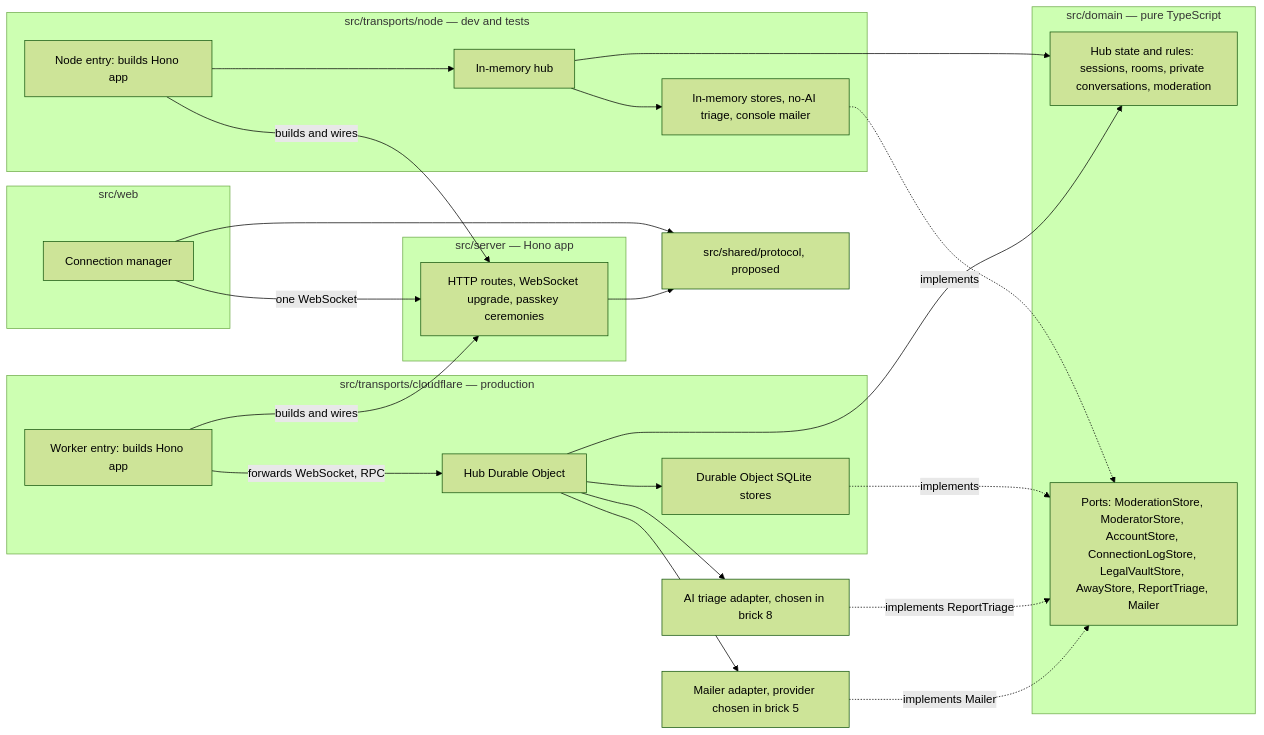
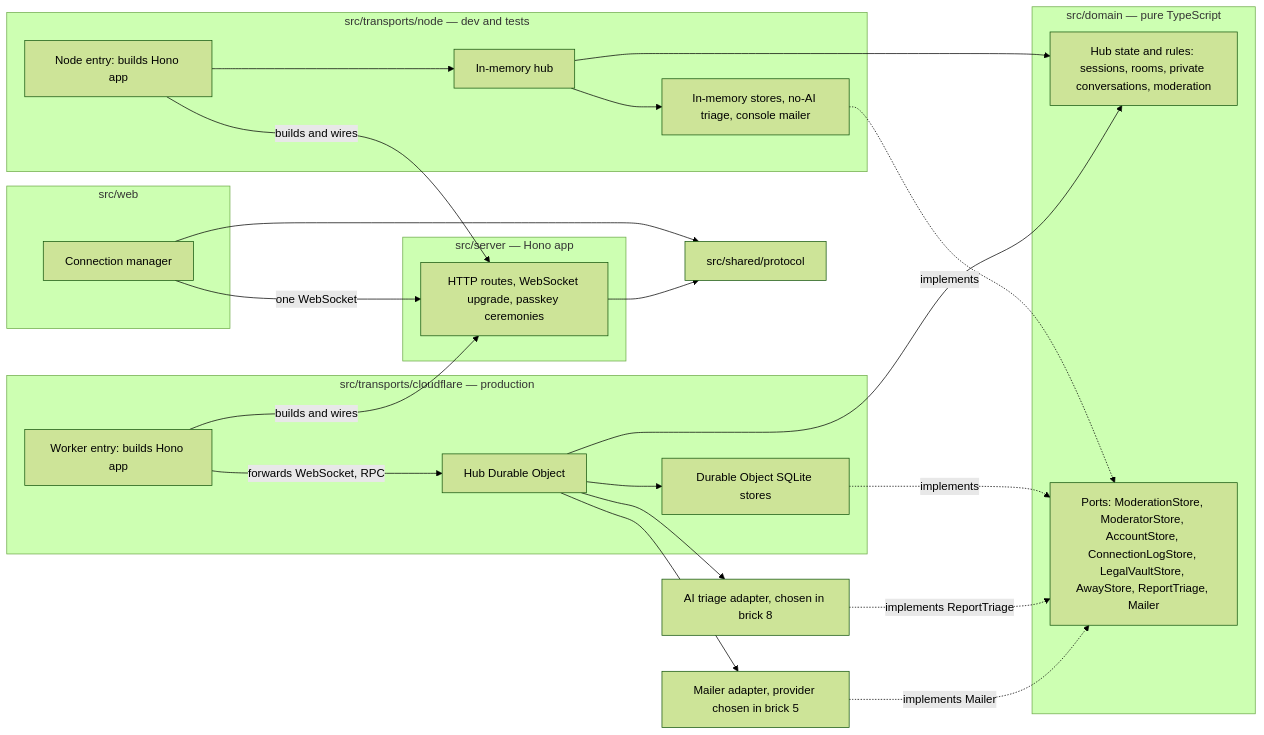
The diagram in docs/architecture/diagrams/platform/03-component.md (benoit-bremaud/asv), drawn with Mermaid (forest theme) before and after one commit. The commit also changed other lines of this file and 37 other files, not shown here.

````diff
--- a/docs/architecture/diagrams/platform/03-component.md
+++ b/docs/architecture/diagrams/platform/03-component.md
@@ -14,43 +14,43 @@
 ```mermaid
 flowchart LR
   subgraph Web ["src/web"]
     Conn["Connection manager"]
   end
-  Shared["src/shared/protocol, proposed"]
+  Shared["src/shared/protocol"]
   subgraph Server ["src/server — Hono app"]
     Routes["HTTP routes, WebSocket upgrade, passkey ceremonies"]
   end
   subgraph Domain ["src/domain — pure TypeScript"]
     Core["Hub state and rules: sessions, rooms, private conversations, moderation"]
     Ports["Ports: ModerationStore, ModeratorStore, AccountStore, ConnectionLogStore, LegalVaultStore, AwayStore, ReportTriage, Mailer"]
   end
   subgraph NodeT ["src/transports/node — dev and tests"]
     NodeMain["Node entry: builds Hono app"]
     NodeHub["In-memory hub"]
     NodeStore["In-memory stores, no-AI triage, console mailer"]
   end
   subgraph CfT ["src/transports/cloudflare — production"]
     WorkerEntry["Worker entry: builds Hono app"]
     HubDO["Hub Durable Object"]
     Sqlite["Durable Object SQLite stores"]
   end
   AIAdapter["AI triage adapter, chosen in brick 8"]
   MailAdapter["Mailer adapter, provider chosen in brick 5"]
   Conn -->|"one WebSocket"| Routes
   Conn --> Shared
   Routes --> Shared
   NodeMain -->|"builds and wires"| Routes
   WorkerEntry -->|"builds and wires"| Routes
   NodeMain --> NodeHub
   WorkerEntry -->|"forwards WebSocket, RPC"| HubDO
   NodeHub --> Core
   HubDO --> Core
   NodeStore -.->|"implements"| Ports
   Sqlite -.->|"implements"| Ports
   AIAdapter -.->|"implements ReportTriage"| Ports
   MailAdapter -.->|"implements Mailer"| Ports
   HubDO --> MailAdapter
   NodeHub --> NodeStore
   HubDO --> Sqlite
   HubDO --> AIAdapter
 ```
````
